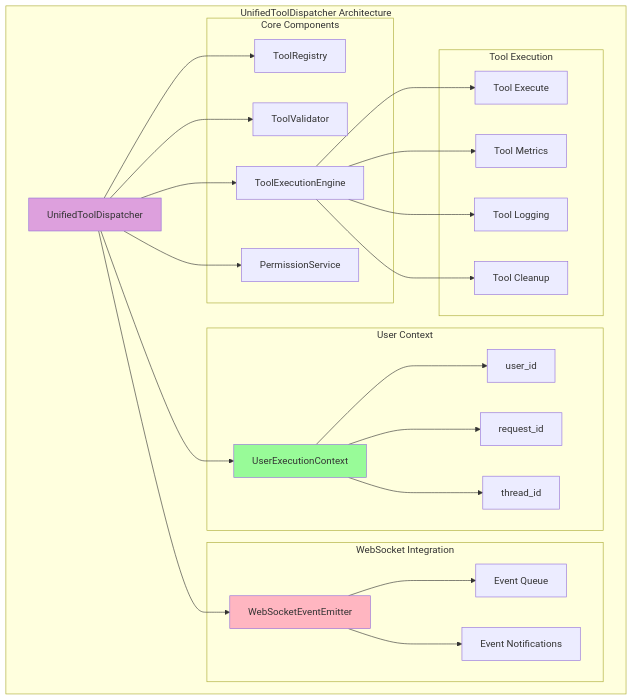
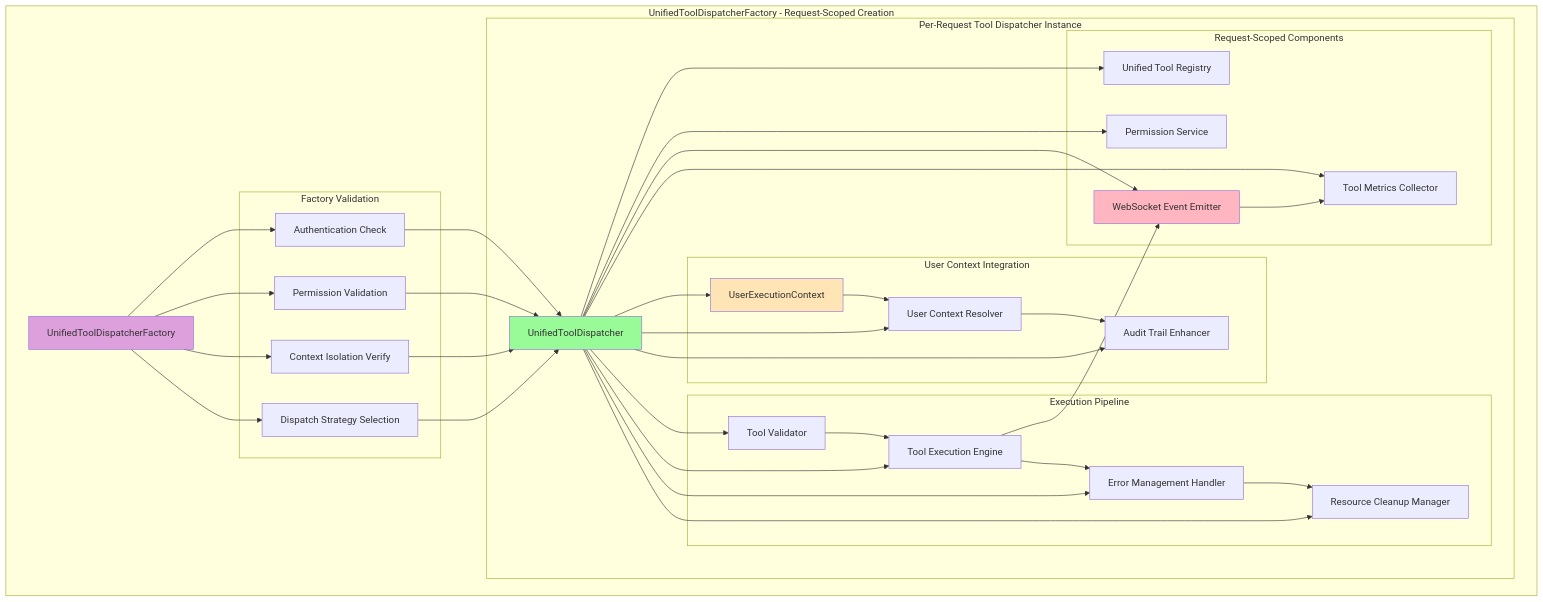
Before and after one commit to netra-systems/zen: the seventh of 13 diagrams in reports/archived/USER_CONTEXT_ARCHITECTURE.md, drawn with Mermaid. The commit also changed other lines of this file and 107 other files, not shown here.

First line of the commit message:
fix: resolve WebSocket health monitoring conflict blocking GCP deployment

````diff
--- a/reports/archived/USER_CONTEXT_ARCHITECTURE.md
+++ b/reports/archived/USER_CONTEXT_ARCHITECTURE.md
@@ -361,56 +478,76 @@
 ```mermaid
 graph TB
-    subgraph "UnifiedToolDispatcher Architecture"
-        UTD[UnifiedToolDispatcher]
+    subgraph "UnifiedToolDispatcherFactory - Request-Scoped Creation"
+        UTDF[UnifiedToolDispatcherFactory]
         
-        subgraph "Core Components"
-            TR[ToolRegistry]
-            TV[ToolValidator]
-            TEE[ToolExecutionEngine]
-            PS[PermissionService]
+        subgraph "Factory Validation"
+            FV_AUTH[Authentication Check]
+            FV_PERM[Permission Validation]
+            FV_CONTEXT[Context Isolation Verify]
+            FV_STRATEGY[Dispatch Strategy Selection]
         end
         
-        subgraph "User Context"
-            UC[UserExecutionContext]
-            UID[user_id]
-            RID[request_id]
-            TID[thread_id]
-        end
-        
-        subgraph "WebSocket Integration"
-            WSE[WebSocketEventEmitter]
-            EQ[Event Queue]
-            EN[Event Notifications]
-        end
-        
-        subgraph "Tool Execution"
-            TE[Tool Execute]
-            TM[Tool Metrics]
-            TL[Tool Logging]
-            TC[Tool Cleanup]
+        subgraph "Per-Request Tool Dispatcher Instance"
+            UTD[UnifiedToolDispatcher]
+            
+            subgraph "Request-Scoped Components"
+                UTR[Unified Tool Registry]
+                PS[Permission Service]
+                WEE[WebSocket Event Emitter]
+                TM[Tool Metrics Collector]
+            end
+            
+            subgraph "User Context Integration"
+                UEC[UserExecutionContext]
+                UCR[User Context Resolver]
+                ATE[Audit Trail Enhancer]
+            end
+            
+            subgraph "Execution Pipeline"
+                TV[Tool Validator]
+                TEE[Tool Execution Engine]
+                EMH[Error Management Handler]
+                RCM[Resource Cleanup Manager]
+            end
         end
     end
     
-    UTD --> TR
+    UTDF --> FV_AUTH
+    UTDF --> FV_PERM
+    UTDF --> FV_CONTEXT
+    UTDF --> FV_STRATEGY
+    
+    FV_AUTH --> UTD
+    FV_PERM --> UTD
+    FV_CONTEXT --> UTD
+    FV_STRATEGY --> UTD
+    
+    UTD --> UTR
+    UTD --> PS
+    UTD --> WEE
+    UTD --> TM
+    
+    UTD --> UEC
+    UTD --> UCR
+    UTD --> ATE
+    
     UTD --> TV
     UTD --> TEE
-    UTD --> PS
+    UTD --> EMH
+    UTD --> RCM
     
-    UTD --> UC
-    UC --> UID
-    UC --> RID
-    UC --> TID
+    UEC --> UCR
+    UCR --> ATE
     
-    UTD --> WSE
-    WSE --> EQ
-    WSE --> EN
+    TV --> TEE
+    TEE --> WEE
+    WEE --> TM
     
-    TEE --> TE
-    TEE --> TM
-    TEE --> TL
-    TEE --> TC
+    TEE --> EMH
+    EMH --> RCM
     
-    style UTD fill:#DDA0DD
-    style UC fill:#98FB98
-    style WSE fill:#FFB6C1
+    style UTDF fill:#DDA0DD
+    style UTD fill:#98FB98
+    style UEC fill:#FFE4B5
+    style WEE fill:#FFB6C1
 ```
````
